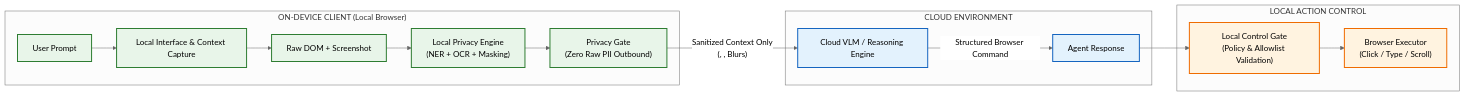
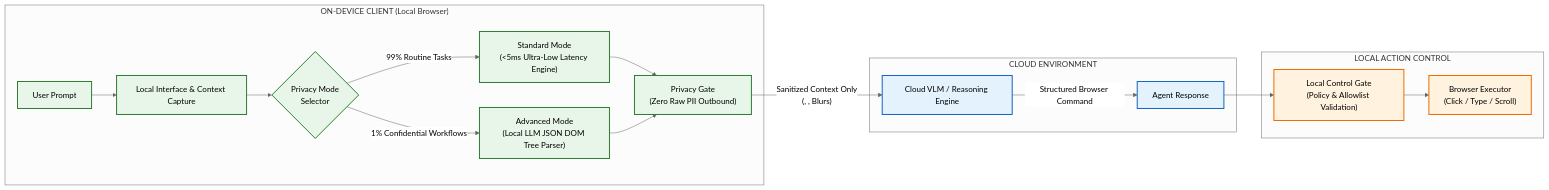
One commit to prince7z/AgentAether changed the first of 3 diagrams in README.md. Above: the diagram before and after it, drawn with Mermaid (neutral theme). The commit also changed other lines of this file and 11 other files, not shown here.

````diff
--- a/README.md
+++ b/README.md
@@ -21,27 +25,31 @@
 ```mermaid
 graph LR
     subgraph CLIENT["ON-DEVICE CLIENT (Local Browser)"]
         UserPrompt["User Prompt"] --> LocalInterface["Local Interface & Context Capture"]
-        LocalInterface --> DOMScreen["Raw DOM + Screenshot"]
-        DOMScreen --> LocalPrivacyEngine["Local Privacy Engine<br/>(NER + OCR + Masking)"]
-        LocalPrivacyEngine --> PrivacyGate["Privacy Gate<br/>(Zero Raw PII Outbound)"]
+        LocalInterface --> ModeSelector{"Privacy Mode<br/>Selector"}
+
+        ModeSelector -- "99% Routine Tasks" --> StandardEngine["Standard Mode<br/>(<5ms Ultra-Low Latency Engine)"]
+        ModeSelector -- "1% Confidential Workflows" --> AdvancedEngine["Advanced Mode<br/>(Local LLM JSON DOM Tree Parser)"]
+
+        StandardEngine --> PrivacyGate["Privacy Gate<br/>(Zero Raw PII Outbound)"]
+        AdvancedEngine --> PrivacyGate
     end
 
     subgraph CLOUD["CLOUD ENVIRONMENT"]
         PrivacyGate -- "Sanitized Context Only<br/>(<EMAIL>, <PASSWD>, Blurs)" --> CloudVLM["Cloud VLM / Reasoning Engine"]
         CloudVLM -- "Structured Browser Command" --> CloudResponse["Agent Response"]
     end
 
     subgraph EXECUTION["LOCAL ACTION CONTROL"]
         CloudResponse --> LocalControlGate["Local Control Gate<br/>(Policy & Allowlist Validation)"]
         LocalControlGate --> BrowserExecution["Browser Executor<br/>(Click / Type / Scroll)"]
     end
 
     classDef localStyle fill:#e8f5e9,stroke:#2e7d32,stroke-width:2px;
     classDef cloudStyle fill:#e3f2fd,stroke:#1565c0,stroke-width:2px;
     classDef execStyle fill:#fff3e0,stroke:#ef6c00,stroke-width:2px;
 
-    class UserPrompt,LocalInterface,DOMScreen,LocalPrivacyEngine,PrivacyGate localStyle;
+    class UserPrompt,LocalInterface,ModeSelector,StandardEngine,AdvancedEngine,PrivacyGate localStyle;
     class CloudVLM,CloudResponse cloudStyle;
     class LocalControlGate,BrowserExecution execStyle;
 ```
````
